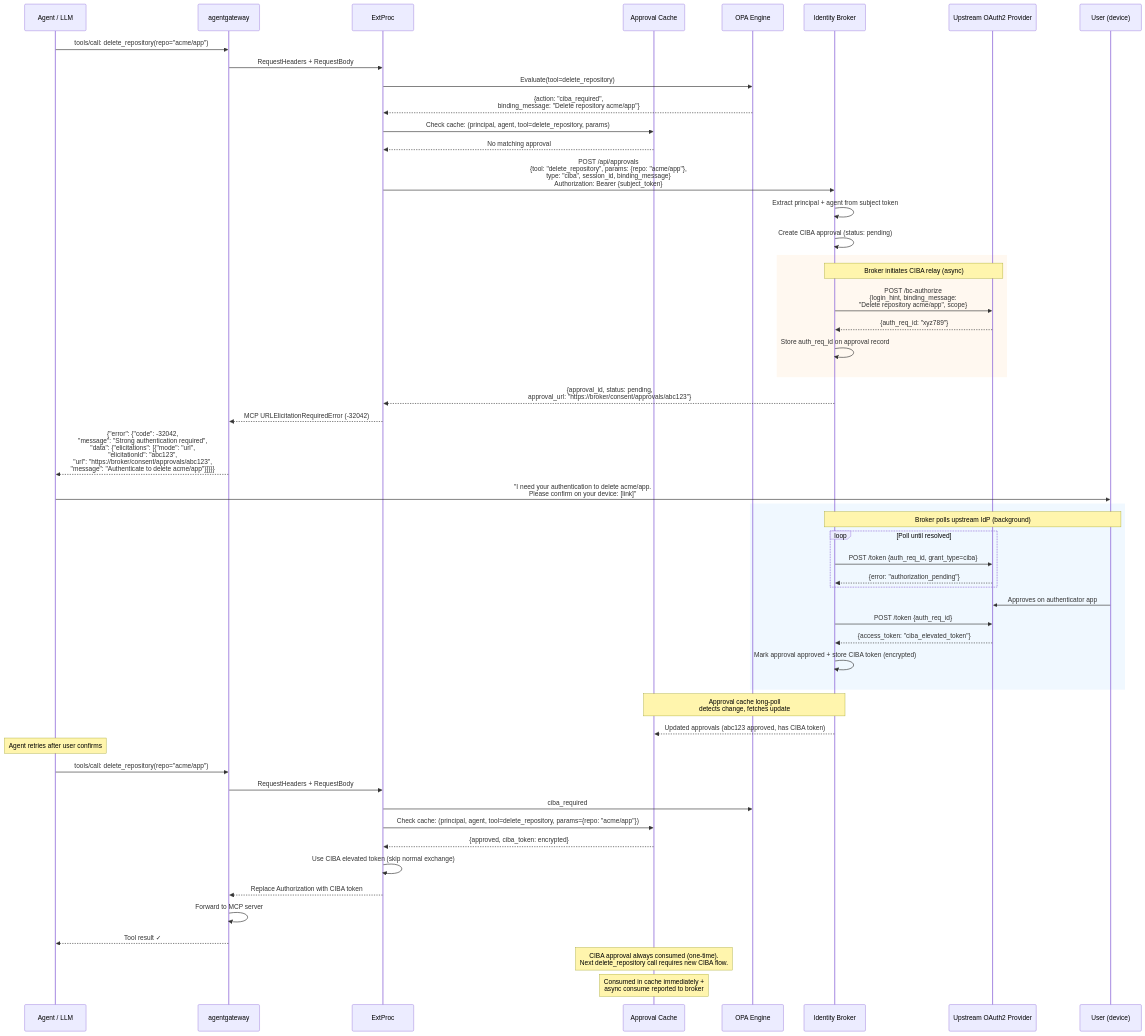
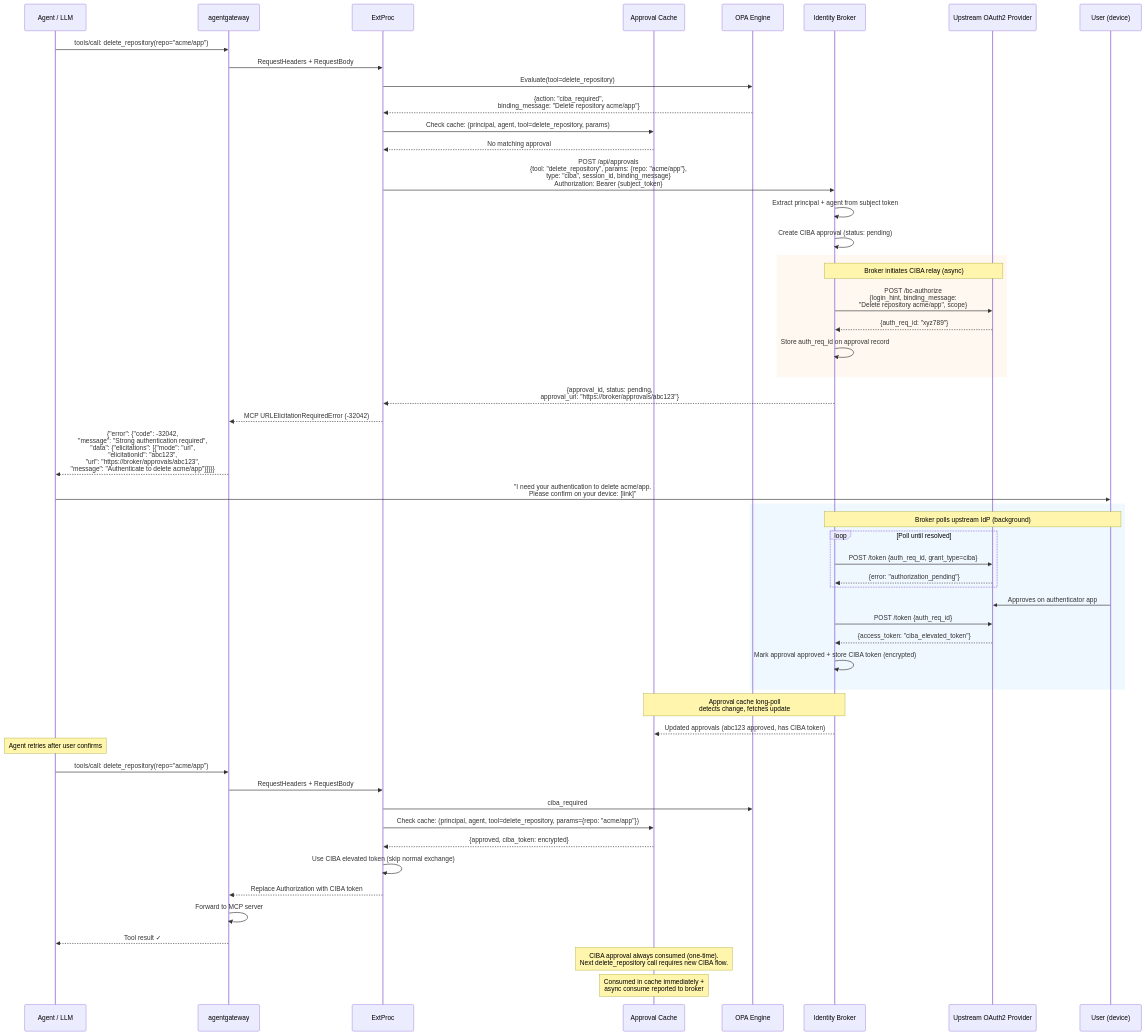
Diagram 13 of 17 in specs/design-permission-sets-tool-authorization.md (zalando-incubator/agentic-identity-broker), drawn with Mermaid before and after one commit. The commit also changed other lines of this file and 101 other files, not shown here.

Commit message:
feat: ExtProc support for the broker Tool Approval API (#17)

````diff
--- a/specs/design-permission-sets-tool-authorization.md
+++ b/specs/design-permission-sets-tool-authorization.md
@@ -1142,65 +1142,65 @@
 ```mermaid
 sequenceDiagram
     participant Agent as Agent / LLM
     participant GW as agentgateway
     participant EP as ExtProc
     participant AC as Approval Cache
     participant OPA as OPA Engine
     participant Broker as Identity Broker
     participant IdP as Upstream OAuth2 Provider
     participant User as User (device)
 
     Agent->>GW: tools/call: delete_repository(repo="acme/app")
     GW->>EP: RequestHeaders + RequestBody
     EP->>OPA: Evaluate(tool=delete_repository)
     OPA-->>EP: {action: "ciba_required",<br/>binding_message: "Delete repository acme/app"}
 
     EP->>AC: Check cache: (principal, agent, tool=delete_repository, params)
     AC-->>EP: No matching approval
 
     EP->>Broker: POST /api/approvals<br/>{tool: "delete_repository", params: {repo: "acme/app"},<br/>type: "ciba", session_id, binding_message}<br/>Authorization: Bearer {subject_token}
     Broker->>Broker: Extract principal + agent from subject token
     Broker->>Broker: Create CIBA approval (status: pending)
 
     rect rgb(255, 248, 240)
         Note over Broker,IdP: Broker initiates CIBA relay (async)
         Broker->>IdP: POST /bc-authorize<br/>{login_hint, binding_message:<br/>"Delete repository acme/app", scope}
         IdP-->>Broker: {auth_req_id: "xyz789"}
         Broker->>Broker: Store auth_req_id on approval record
     end
 
-    Broker-->>EP: {approval_id, status: pending,<br/>approval_url: "https://broker/consent/approvals/abc123"}
+    Broker-->>EP: {approval_id, status: pending,<br/>approval_url: "https://broker/approvals/abc123"}
 
     EP-->>GW: MCP URLElicitationRequiredError (-32042)
-    GW-->>Agent: {"error": {"code": -32042,<br/>"message": "Strong authentication required",<br/>"data": {"elicitations": [{"mode": "url",<br/>"elicitationId": "abc123",<br/>"url": "https://broker/consent/approvals/abc123",<br/>"message": "Authenticate to delete acme/app"}]}}}
+    GW-->>Agent: {"error": {"code": -32042,<br/>"message": "Strong authentication required",<br/>"data": {"elicitations": [{"mode": "url",<br/>"elicitationId": "abc123",<br/>"url": "https://broker/approvals/abc123",<br/>"message": "Authenticate to delete acme/app"}]}}}
 
     Agent->>User: "I need your authentication to delete acme/app.<br/>Please confirm on your device: [link]"
 
     rect rgb(240, 248, 255)
         Note over Broker,User: Broker polls upstream IdP (background)
         loop Poll until resolved
             Broker->>IdP: POST /token {auth_req_id, grant_type=ciba}
             IdP-->>Broker: {error: "authorization_pending"}
         end
         User->>IdP: Approves on authenticator app
         Broker->>IdP: POST /token {auth_req_id}
         IdP-->>Broker: {access_token: "ciba_elevated_token"}
         Broker->>Broker: Mark approval approved + store CIBA token (encrypted)
     end
 
     Note over AC,Broker: Approval cache long-poll<br/>detects change, fetches update
     Broker-->>AC: Updated approvals (abc123 approved, has CIBA token)
 
     Note over Agent: Agent retries after user confirms
     Agent->>GW: tools/call: delete_repository(repo="acme/app")
     GW->>EP: RequestHeaders + RequestBody
     EP->>OPA: ciba_required
     EP->>AC: Check cache: (principal, agent, tool=delete_repository, params={repo: "acme/app"})
     AC-->>EP: {approved, ciba_token: encrypted}
     EP->>EP: Use CIBA elevated token (skip normal exchange)
     EP-->>GW: Replace Authorization with CIBA token
     GW->>GW: Forward to MCP server
     GW-->>Agent: Tool result ✓
     Note over AC: CIBA approval always consumed (one-time).<br/>Next delete_repository call requires new CIBA flow.
     Note over AC: Consumed in cache immediately +<br/>async consume reported to broker
 ```
````
